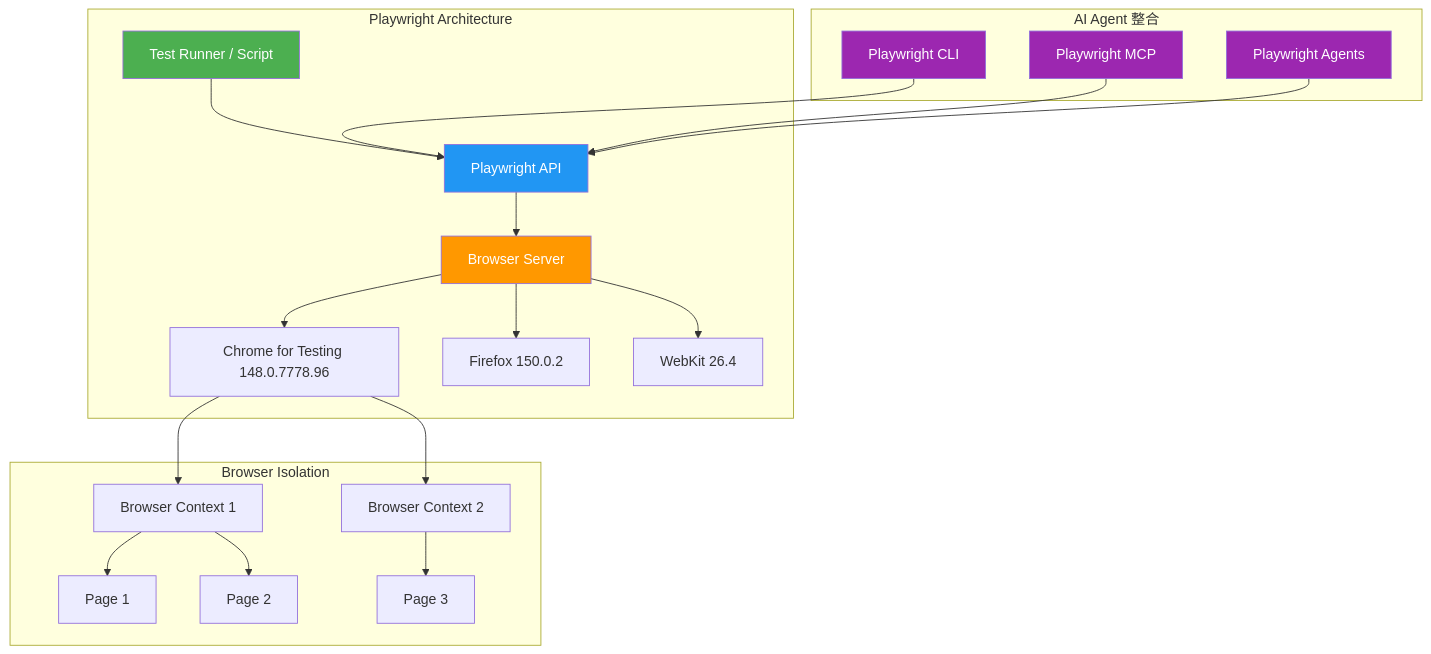
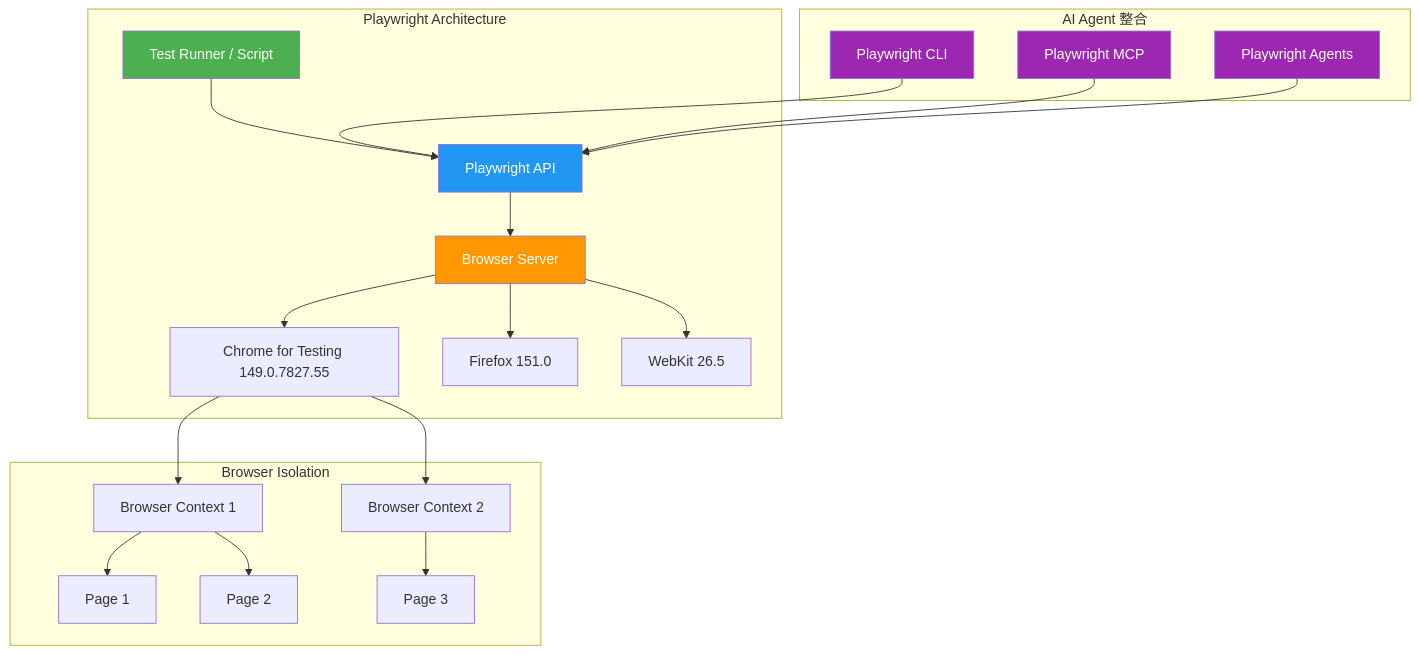
Before and after one commit to chihhung/Blog: the first of 13 diagrams in content/posts/教學/AI開發/Playwright 教學手冊.md, drawn with Mermaid. The commit also changed other lines of this file and 22 other files, not shown here.

````diff
--- a/content/posts/教學/AI開發/Playwright 教學手冊.md
+++ b/content/posts/教學/AI開發/Playwright 教學手冊.md
@@ -147,31 +151,31 @@
 ```mermaid
 graph TB
     subgraph "Playwright Architecture"
         A[Test Runner / Script] --> B[Playwright API]
         B --> C[Browser Server]
-        C --> D1[Chrome for Testing 148.0.7778.96]
-        C --> D2[Firefox 150.0.2]
-        C --> D3[WebKit 26.4]
+        C --> D1[Chrome for Testing 149.0.7827.55]
+        C --> D2[Firefox 151.0]
+        C --> D3[WebKit 26.5]
     end
 
     subgraph "Browser Isolation"
         D1 --> E1[Browser Context 1]
         D1 --> E2[Browser Context 2]
         E1 --> F1[Page 1]
         E1 --> F2[Page 2]
         E2 --> F3[Page 3]
     end
 
     subgraph "AI Agent 整合"
         G[Playwright CLI] --> B
         H[Playwright MCP] --> B
         I[Playwright Agents] --> B
     end
 
     style A fill:#4CAF50,color:#fff
     style B fill:#2196F3,color:#fff
     style C fill:#FF9800,color:#fff
     style G fill:#9C27B0,color:#fff
     style H fill:#9C27B0,color:#fff
     style I fill:#9C27B0,color:#fff
 ```
````
